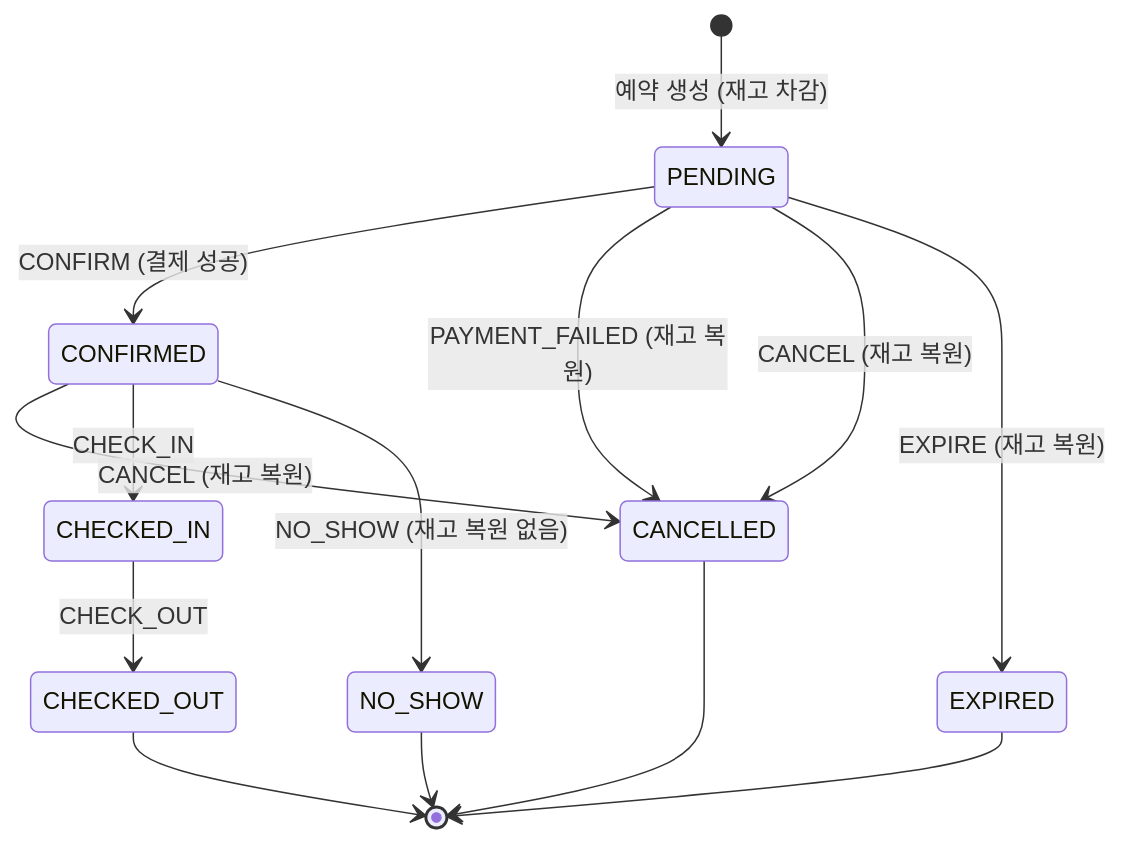
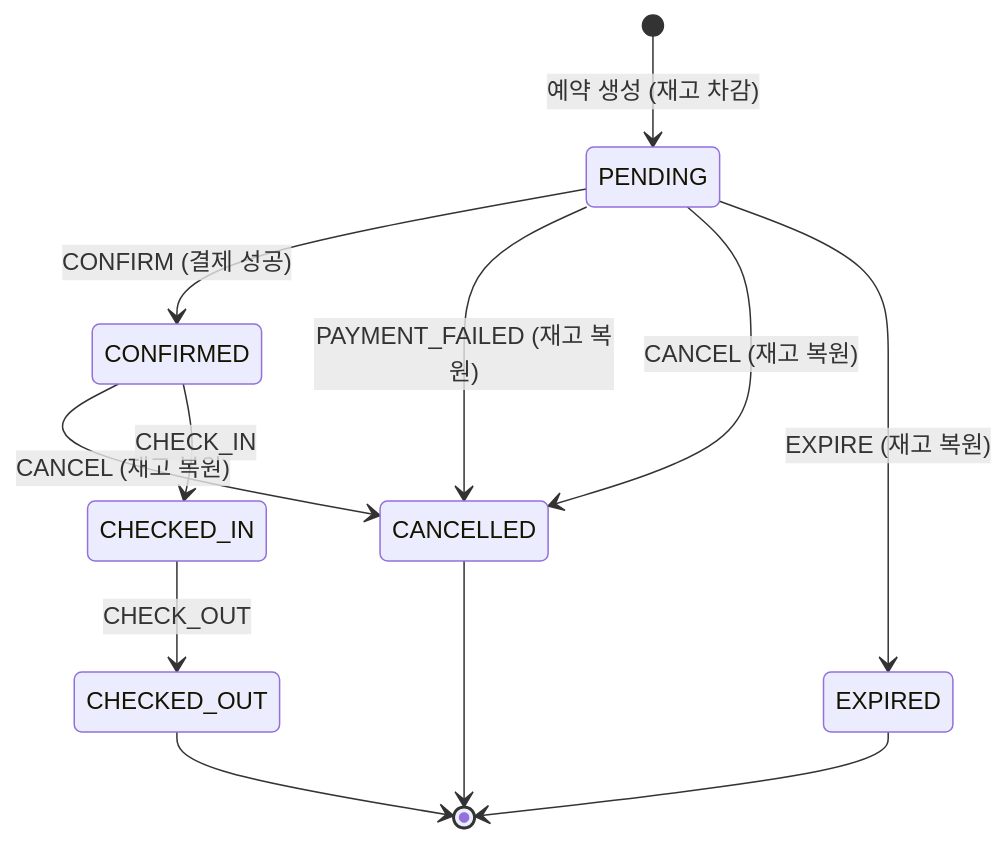
Before and after one commit to Diocto/pms: the second of 4 diagrams in docs/submission/03-설계.md, drawn with Mermaid. The commit also changed other lines of this file and 3 other files, not shown here.

````diff
--- a/docs/submission/03-설계.md
+++ b/docs/submission/03-설계.md
@@ -199,16 +199,14 @@
 ```mermaid
 stateDiagram-v2
     [*] --> PENDING : 예약 생성 (재고 차감)
     PENDING --> CONFIRMED : CONFIRM (결제 성공)
     PENDING --> CANCELLED : PAYMENT_FAILED (재고 복원)
     PENDING --> CANCELLED : CANCEL (재고 복원)
     PENDING --> EXPIRED : EXPIRE (재고 복원)
     CONFIRMED --> CANCELLED : CANCEL (재고 복원)
     CONFIRMED --> CHECKED_IN : CHECK_IN
-    CONFIRMED --> NO_SHOW : NO_SHOW (재고 복원 없음)
     CHECKED_IN --> CHECKED_OUT : CHECK_OUT
     CHECKED_OUT --> [*]
     CANCELLED --> [*]
     EXPIRED --> [*]
-    NO_SHOW --> [*]
 ```
````
